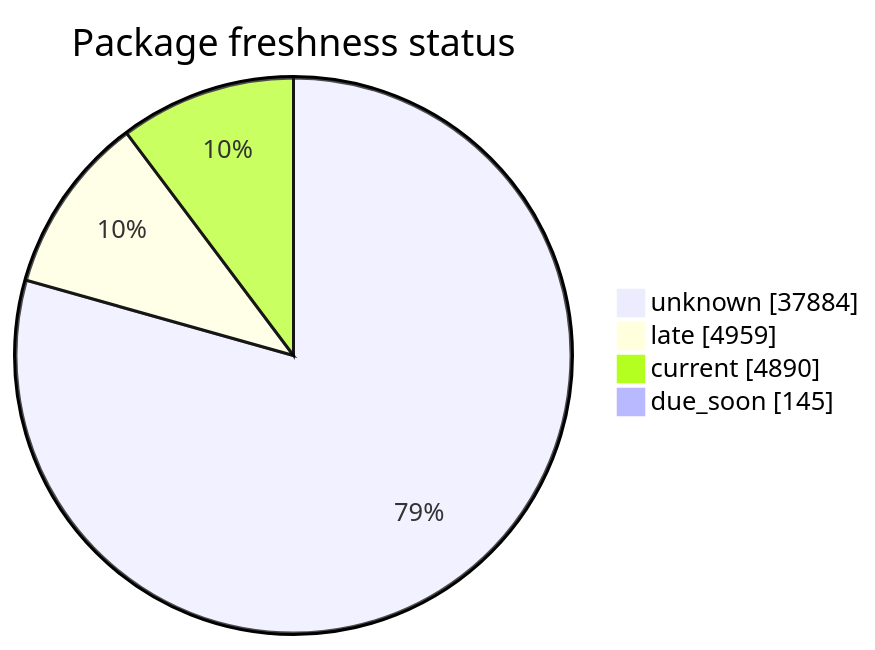
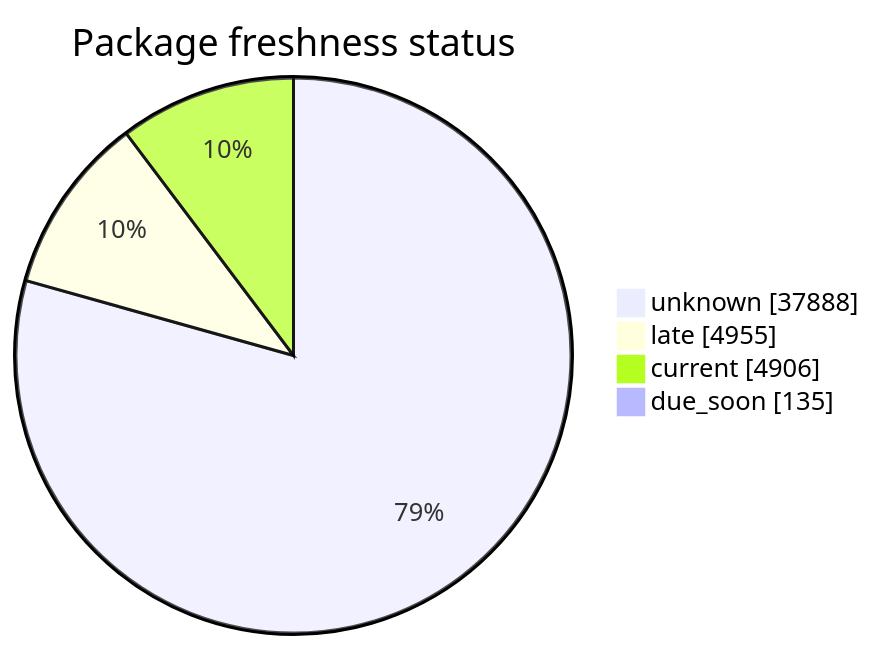
Before and after one commit to open-data/analytics-corporate-reporting: the second of 5 diagrams in FreshCheck/README.md, drawn with Mermaid. The commit also changed other lines of this file and 3 other files, not shown here.

````diff
--- a/FreshCheck/README.md
+++ b/FreshCheck/README.md
@@ -68,7 +68,7 @@
 ```mermaid
 pie showData title Package freshness status
-    "unknown": 37884
-    "late": 4959
-    "current": 4890
-    "due_soon": 145
+    "unknown": 37888
+    "late": 4955
+    "current": 4906
+    "due_soon": 135
 ```
````
